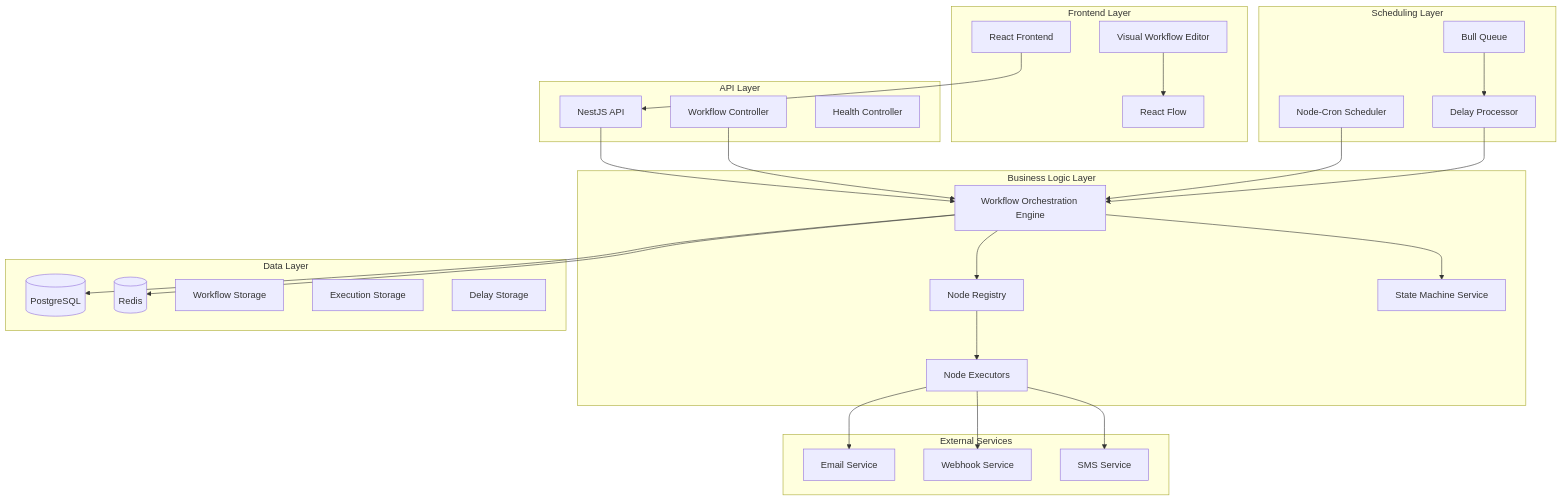
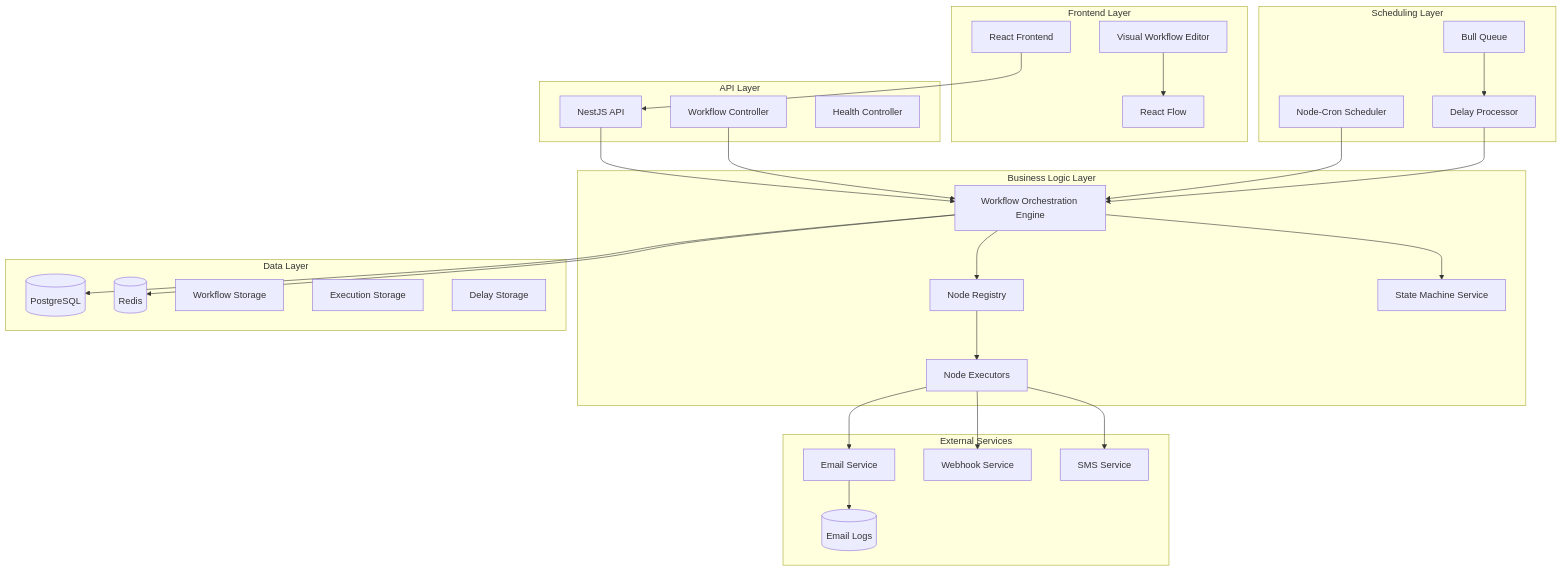
Before and after one commit to mdasrafkhan/workflow-me: the first of 6 diagrams in README.md, drawn with Mermaid. The commit also changed other lines of this file and 1 other file, not shown here.

Commit message:
enhance documentation for external services and architectural separation.

````diff
--- a/README.md
+++ b/README.md
@@ -34,57 +34,59 @@
 ```mermaid
 graph TB
     subgraph "Frontend Layer"
         UI[React Frontend]
         VWE[Visual Workflow Editor]
         RF[React Flow]
     end
 
     subgraph "API Layer"
         API[NestJS API]
         WC[Workflow Controller]
         HC[Health Controller]
     end
 
     subgraph "Business Logic Layer"
         WOE[Workflow Orchestration Engine]
         NR[Node Registry]
         NE[Node Executors]
         SM[State Machine Service]
     end
 
     subgraph "Scheduling Layer"
         CRON[Node-Cron Scheduler]
         BQ[Bull Queue]
         DP[Delay Processor]
     end
 
     subgraph "Data Layer"
         PG[(PostgreSQL)]
         RD[(Redis)]
         WF[Workflow Storage]
         EX[Execution Storage]
         DL[Delay Storage]
     end
 
     subgraph "External Services"
         EMAIL[Email Service]
+        EMAIL_LOG[(Email Logs)]
         WEBHOOK[Webhook Service]
         SMS[SMS Service]
     end
 
     UI --> API
     VWE --> RF
     API --> WOE
     WC --> WOE
     WOE --> NR
     NR --> NE
     WOE --> SM
     CRON --> WOE
     BQ --> DP
     DP --> WOE
     WOE --> PG
     WOE --> RD
     NE --> EMAIL
+    EMAIL --> EMAIL_LOG
     NE --> WEBHOOK
     NE --> SMS
 ```
````
